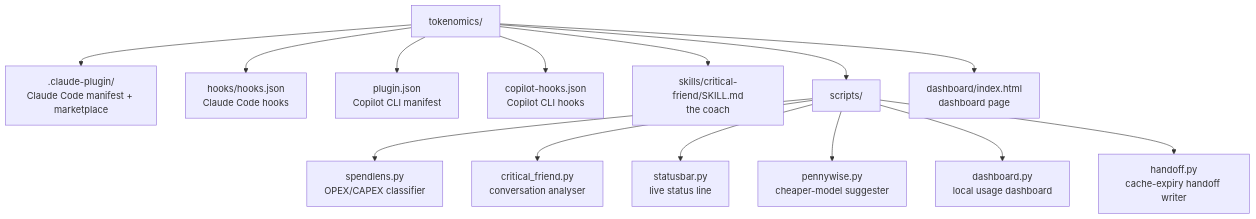
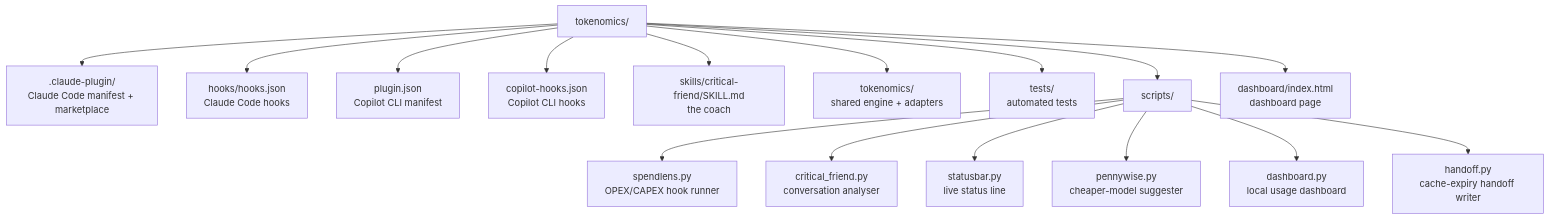
The ninth of 9 diagrams in README.md (andrew44/tokenomics), drawn with Mermaid before and after one commit. The commit also changed other lines of this file and 24 other files, not shown here.

First line of the commit message:
Move spendlens onto a shared engine with Claude Code and Copilot adapters

````diff
--- a/README.md
+++ b/README.md
@@ -453,16 +480,18 @@
 ```mermaid
 flowchart TD
     R["tokenomics/"] --> CP[".claude-plugin/<br/>Claude Code manifest + marketplace"]
     R --> H["hooks/hooks.json<br/>Claude Code hooks"]
     R --> PJ["plugin.json<br/>Copilot CLI manifest"]
     R --> CH["copilot-hooks.json<br/>Copilot CLI hooks"]
     R --> SK["skills/critical-friend/SKILL.md<br/>the coach"]
+    R --> EN["tokenomics/<br/>shared engine + adapters"]
+    R --> TS["tests/<br/>automated tests"]
     R --> SC["scripts/"]
-    SC --> S1["spendlens.py<br/>OPEX/CAPEX classifier"]
+    SC --> S1["spendlens.py<br/>OPEX/CAPEX hook runner"]
     SC --> S2["critical_friend.py<br/>conversation analyser"]
     SC --> S3["statusbar.py<br/>live status line"]
     SC --> S4["pennywise.py<br/>cheaper-model suggester"]
     SC --> S5["dashboard.py<br/>local usage dashboard"]
     SC --> S6["handoff.py<br/>cache-expiry handoff writer"]
     R --> D["dashboard/index.html<br/>dashboard page"]
 ```
````
